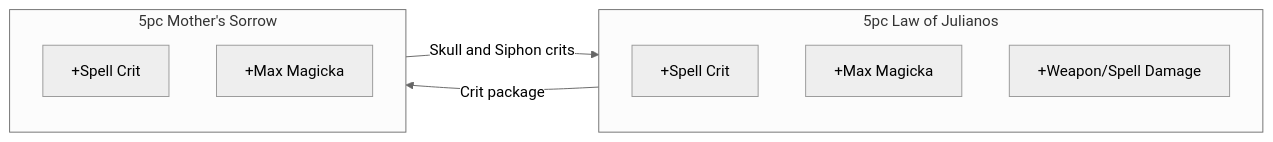
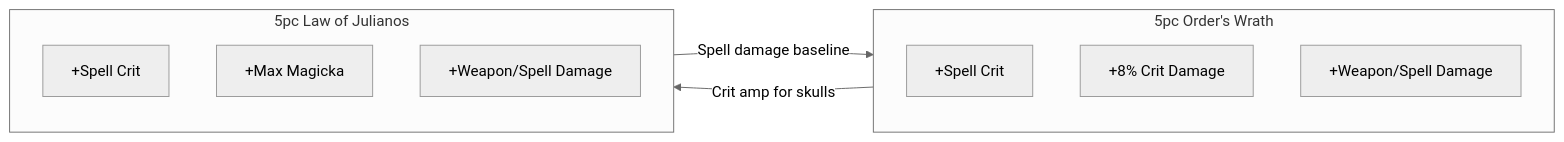
The third of 3 diagrams in examples/solaegis/na/rilis_toxil_plan.md (solaegis/CharacterMarkdown), drawn with Mermaid (neutral theme) before and after one commit. The commit also changed other lines of this file and 33 other files, not shown here.

````diff
--- a/examples/solaegis/na/rilis_toxil_plan.md
+++ b/examples/solaegis/na/rilis_toxil_plan.md
@@ -244,14 +251,15 @@
 ```mermaid
 graph LR
+    subgraph OW ["5pc Order's Wrath"]
+        O1["+Spell Crit"]
+        O2["+8% Crit Damage"]
+        O3["+Weapon/Spell Damage"]
+    end
     subgraph Julianos ["5pc Law of Julianos"]
         J1["+Spell Crit"]
         J2["+Max Magicka"]
         J3["+Weapon/Spell Damage"]
     end
-    subgraph Sorrow ["5pc Mother's Sorrow"]
-        S1["+Spell Crit"]
-        S2["+Max Magicka"]
-    end
-    Julianos -->|"Crit package"| Sorrow
-    Sorrow -->|"Skull and Siphon crits"| Julianos
+    OW -->|"Crit amp for skulls"| Julianos
+    Julianos -->|"Spell damage baseline"| OW
 ```
````
